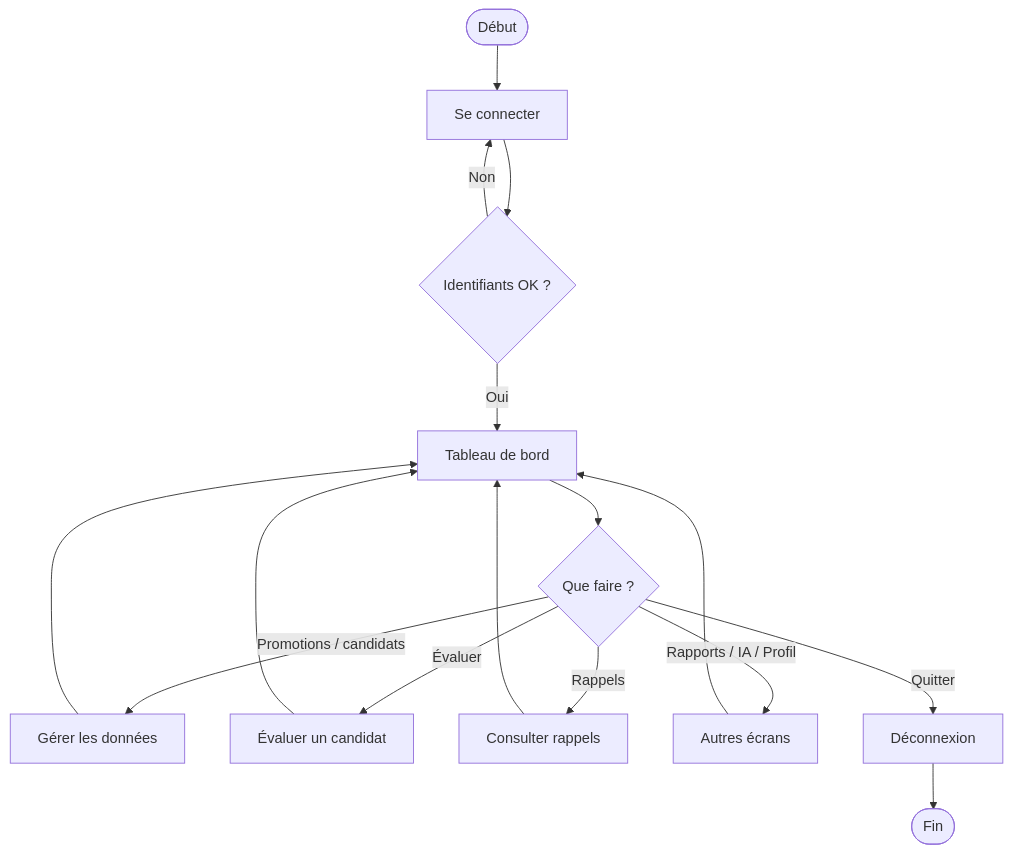
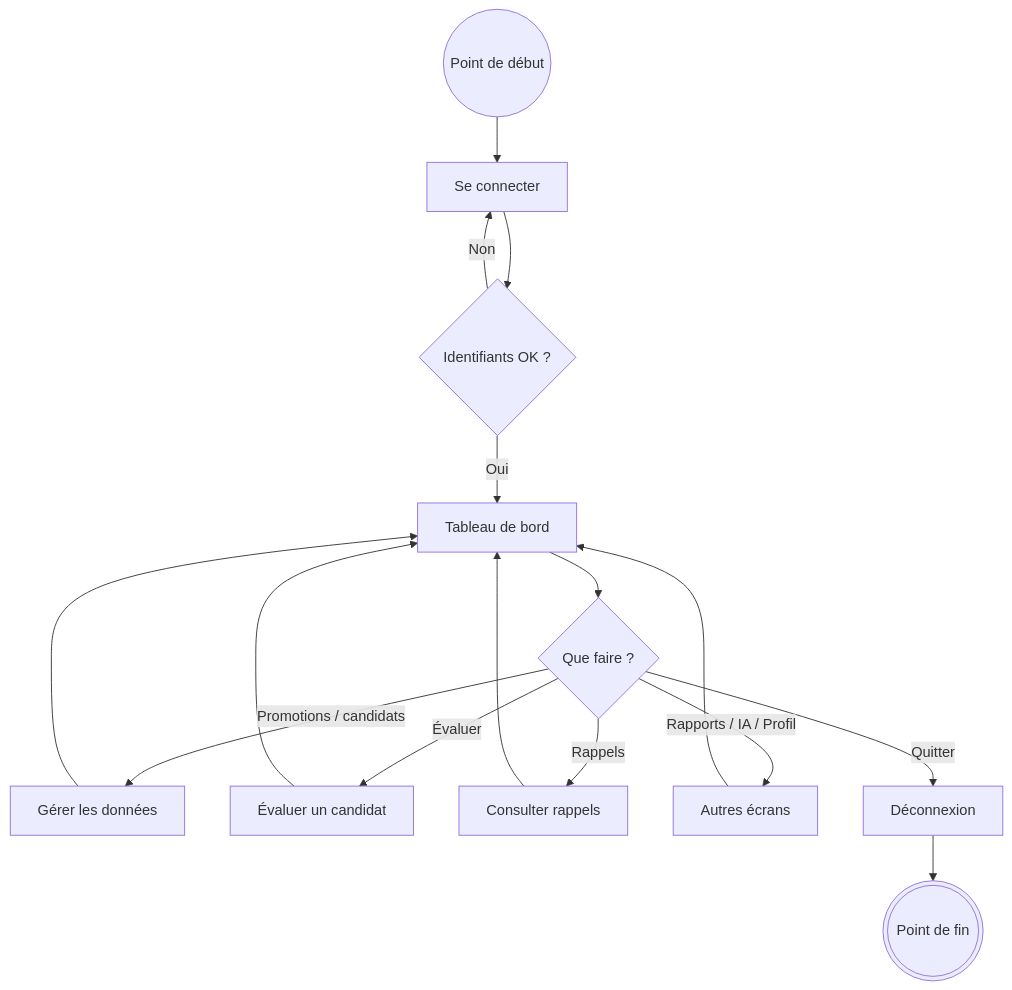
The first of 5 diagrams in docs/uml/mcd-mld-activite.md (ayaAhd123/cmh_career_hub), drawn with Mermaid before and after one commit. The commit also changed other lines of this file, not shown here.

First line of the commit message:
Clarify MCD vs MLD and fix activity diagram start/end nodes.

````diff
--- a/docs/uml/mcd-mld-activite.md
+++ b/docs/uml/mcd-mld-activite.md
@@ -14,20 +21,23 @@
 ```mermaid
 flowchart TD
-    start([Début]) --> login[Se connecter]
+    debut((Point de début))
+    fin(((Point de fin)))
+
+    debut --> login[Se connecter]
     login --> ok{Identifiants OK ?}
     ok -->|Non| login
     ok -->|Oui| dash[Tableau de bord]
 
     dash --> choix{Que faire ?}
     choix -->|Promotions / candidats| crud[Gérer les données]
     choix -->|Évaluer| eval[Évaluer un candidat]
     choix -->|Rappels| notif[Consulter rappels]
     choix -->|Rapports / IA / Profil| autres[Autres écrans]
     crud --> dash
     eval --> dash
     notif --> dash
     autres --> dash
 
     choix -->|Quitter| out[Déconnexion]
-    out --> fin([Fin])
+    out --> fin
 ```
````
